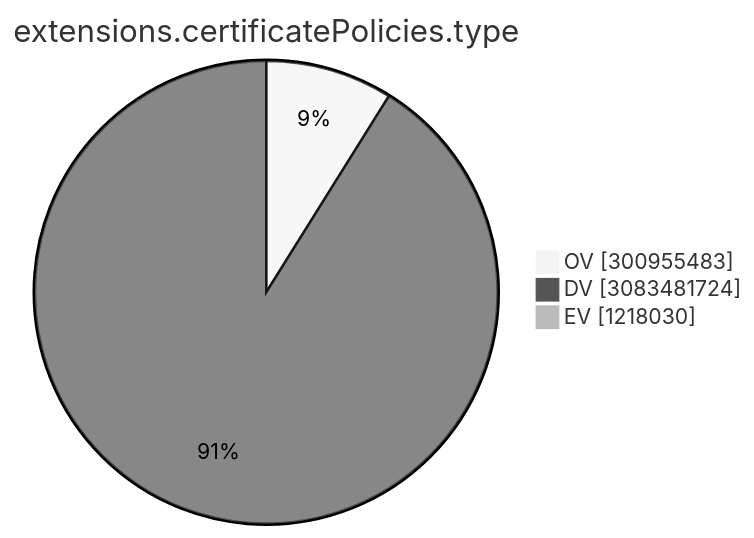
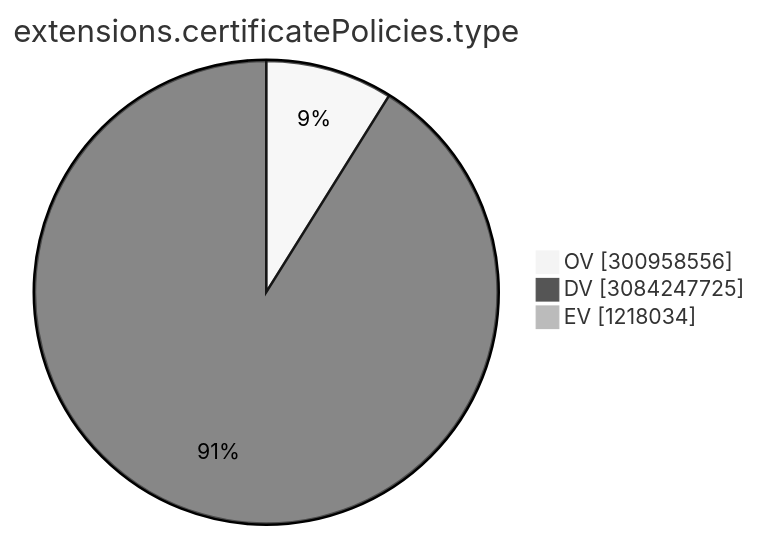
One commit to christiankrug/ctmonitor_visualization changed the ninth of 15 diagrams in TOTAL/README.md. Above: the diagram before and after it, drawn with Mermaid (neutral theme). The commit also changed other lines of this file, not shown here.

````diff
--- a/TOTAL/README.md
+++ b/TOTAL/README.md
@@ -3103,7 +3103,7 @@
 ```mermaid
 pie showData
 title extensions.certificatePolicies.type
-"OV" :300955483
-"DV" :3083481724
-"EV" :1218030
+"OV" :300958556
+"DV" :3084247725
+"EV" :1218034
 ```
````
